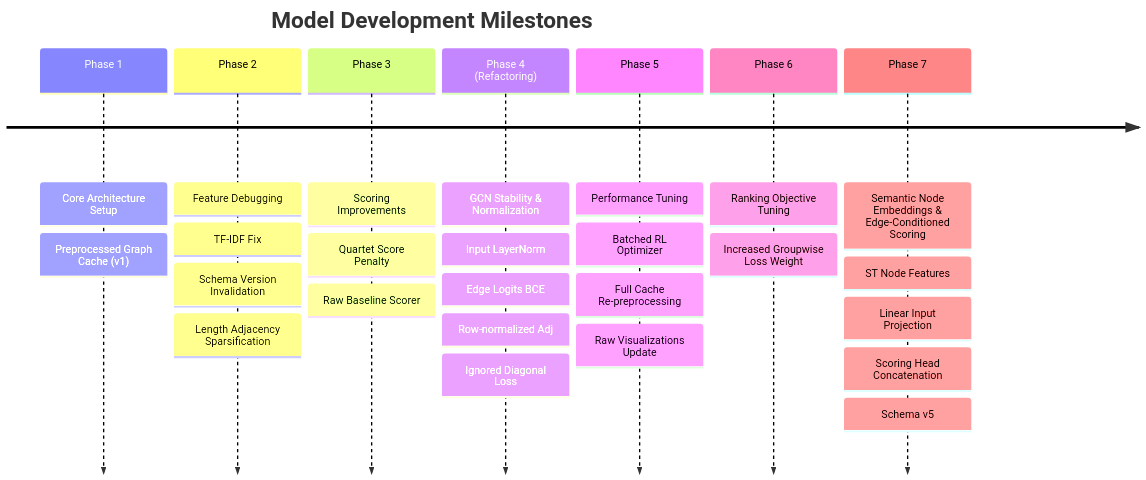
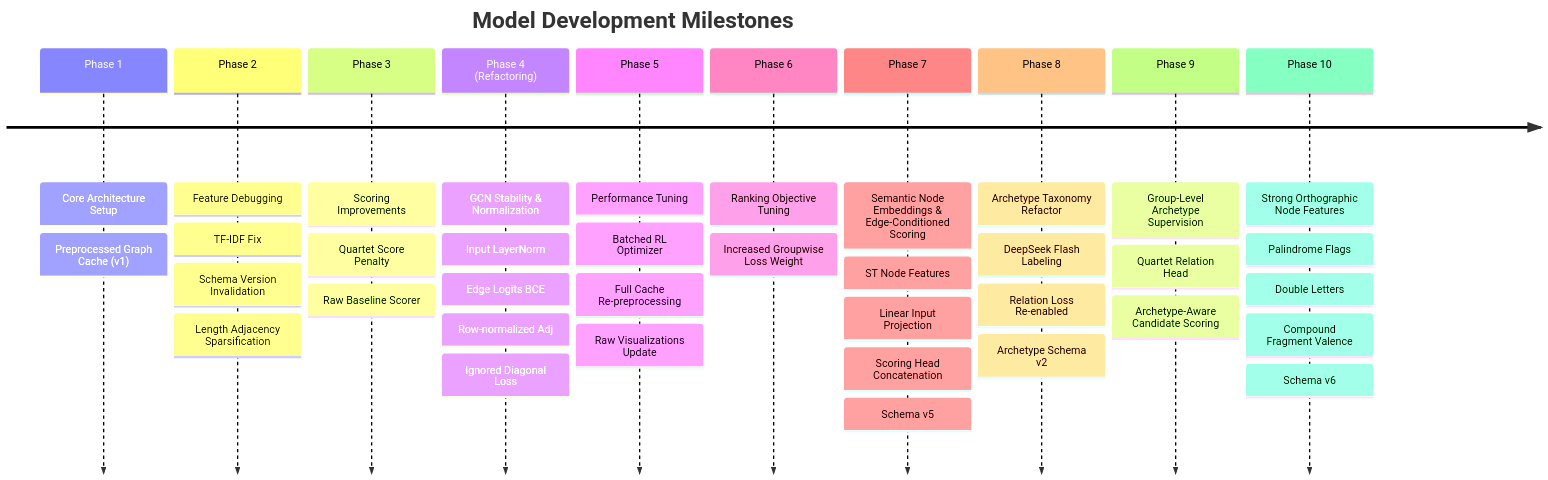
The diagram in model_development_timeline.md (cymaxsun/nyt-connections-solver), drawn with Mermaid before and after one commit. The commit also changed other lines of this file and 16 other files, not shown here.

Commit message:
Implement spelling features, quartet relation supervision, and separate GCN input normalization

````diff
--- a/model_development_timeline.md
+++ b/model_development_timeline.md
@@ -7,11 +7,14 @@
 ```mermaid
 timeline
     title Model Development Milestones
     Phase 1 : Core Architecture Setup : Preprocessed Graph Cache (v1)
     Phase 2 : Feature Debugging : TF-IDF Fix : Schema Version Invalidation : Length Adjacency Sparsification
     Phase 3 : Scoring Improvements : Quartet Score Penalty : Raw Baseline Scorer
     Phase 4 (Refactoring) : GCN Stability & Normalization : Input LayerNorm : Edge Logits BCE : Row-normalized Adj : Ignored Diagonal Loss
     Phase 5 : Performance Tuning : Batched RL Optimizer : Full Cache Re-preprocessing : Raw Visualizations Update
     Phase 6 : Ranking Objective Tuning : Increased Groupwise Loss Weight
     Phase 7 : Semantic Node Embeddings & Edge-Conditioned Scoring : ST Node Features : Linear Input Projection : Scoring Head Concatenation : Schema v5
+    Phase 8 : Archetype Taxonomy Refactor : DeepSeek Flash Labeling : Relation Loss Re-enabled : Archetype Schema v2
+    Phase 9 : Group-Level Archetype Supervision : Quartet Relation Head : Archetype-Aware Candidate Scoring
+    Phase 10 : Strong Orthographic Node Features : Palindrome Flags : Double Letters : Compound Fragment Valence : Schema v6
 ```
````
